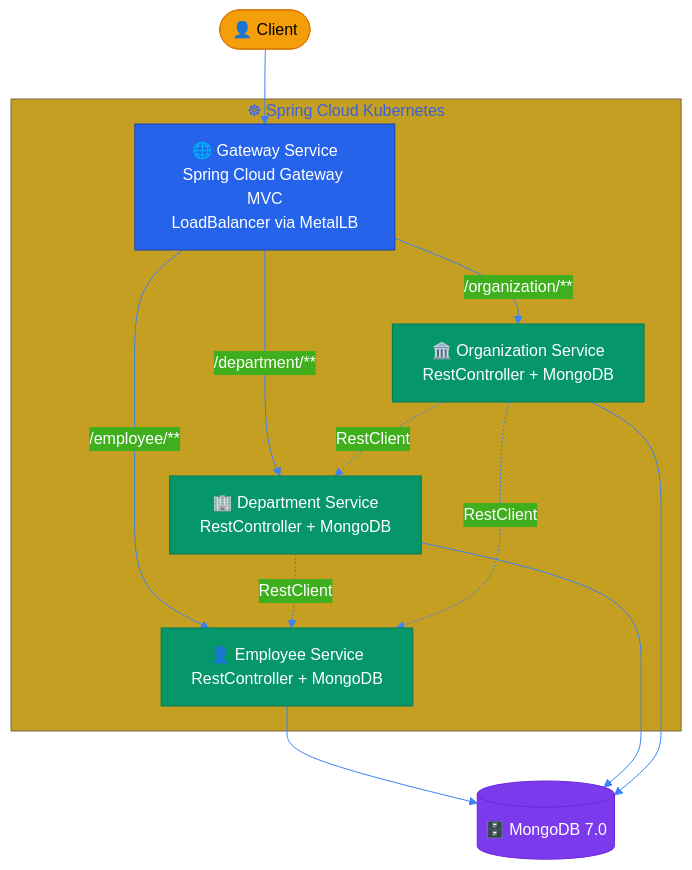
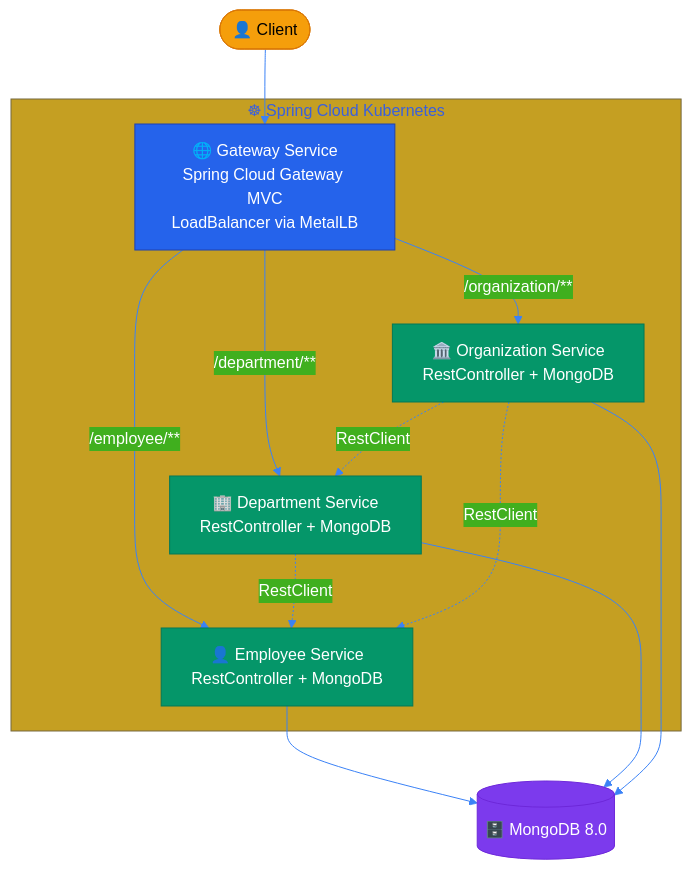
The first of 3 diagrams in docs/reference-architecture.md (AndriyKalashnykov/spring-microservices-k8s), drawn with Mermaid before and after one commit. The commit also changed other lines of this file and 9 other files, not shown here.

````diff
--- a/docs/reference-architecture.md
+++ b/docs/reference-architecture.md
@@ -77,37 +77,37 @@
 ```mermaid
 %%{init: {'theme': 'base', 'themeVariables': {
   'primaryColor': '#1e40af', 'primaryTextColor': '#fff',
   'lineColor': '#3b82f6', 'fontFamily': 'arial'
 }}}%%
 graph TB
     Client([👤 Client]):::client --> Gateway[🌐 Gateway Service<br/>Spring Cloud Gateway MVC<br/>LoadBalancer via MetalLB]
 
     Gateway -->|/employee/**| Employee[👤 Employee Service<br/>RestController + MongoDB]
     Gateway -->|/department/**| Department[🏢 Department Service<br/>RestController + MongoDB]
     Gateway -->|/organization/**| Organization[🏛️ Organization Service<br/>RestController + MongoDB]
 
     Department -.->|RestClient| Employee
     Organization -.->|RestClient| Employee
     Organization -.->|RestClient| Department
 
-    Employee --> MongoDB[(🗄️ MongoDB 7.0)]
+    Employee --> MongoDB[(🗄️ MongoDB 8.0)]
     Department --> MongoDB
     Organization --> MongoDB
 
     subgraph k8s ["☸ Spring Cloud Kubernetes"]
         Gateway
         Employee
         Department
         Organization
     end
 
     classDef client fill:#f59e0b,stroke:#d97706,color:#000
     classDef gateway fill:#2563eb,stroke:#1e40af,color:#fff
     classDef service fill:#059669,stroke:#047857,color:#fff
     classDef db fill:#7c3aed,stroke:#6d28d9,color:#fff
 
     class Client client
     class Gateway gateway
     class Employee,Department,Organization service
     class MongoDB db
 ```
````
